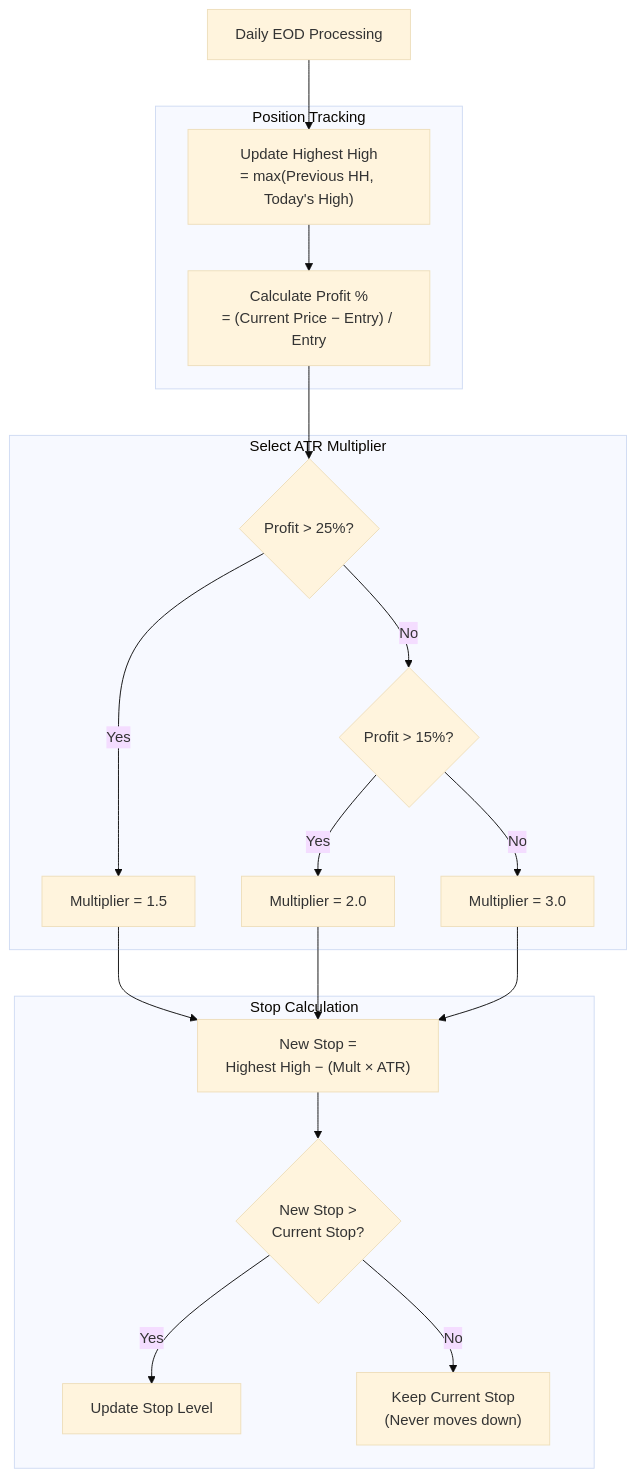
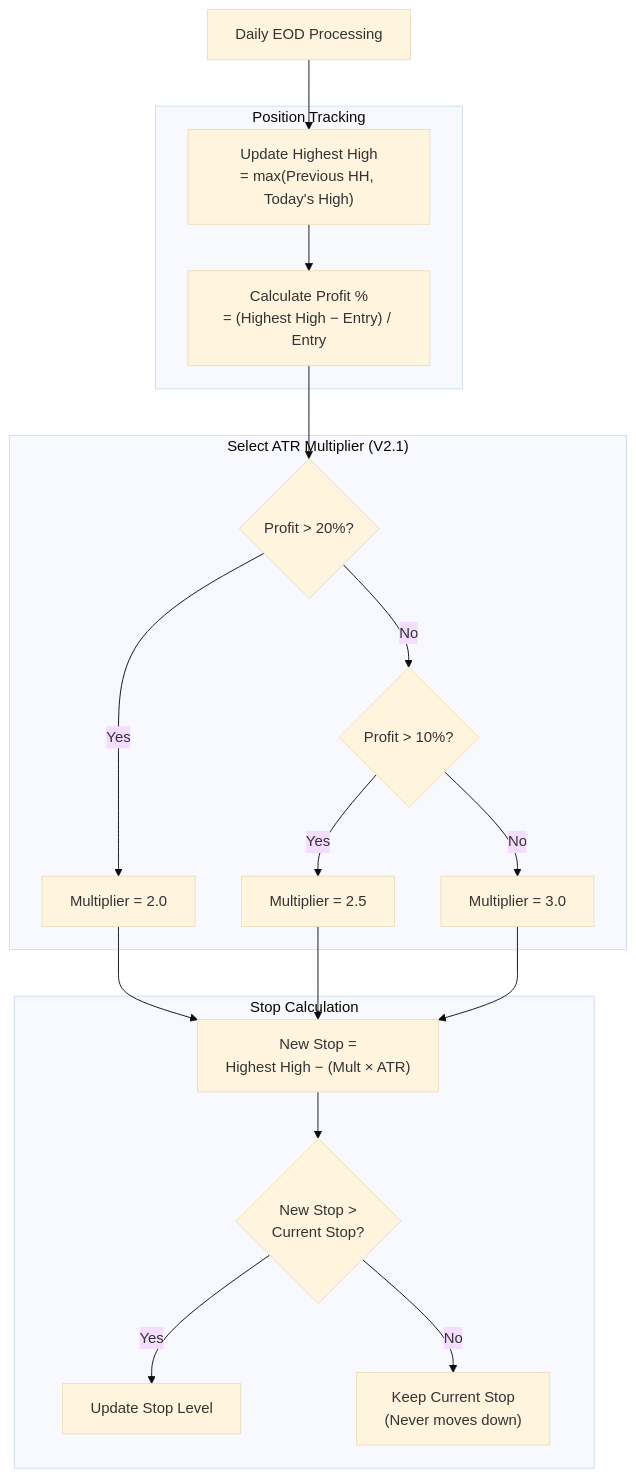
The second of 2 diagrams in docs/07-trend-engine.md (vickdavinci/alpha-nextgen-v2-private), drawn with Mermaid (base theme) before and after one commit. The commit also changed other lines of this file, not shown here.

````diff
--- a/docs/07-trend-engine.md
+++ b/docs/07-trend-engine.md
@@ -408,41 +463,41 @@
 ```mermaid
 flowchart TD
     START["Daily EOD Processing"]
-    
+
     subgraph TRACKING["Position Tracking"]
         HH["Update Highest High<br/>= max(Previous HH, Today's High)"]
-        PROFIT["Calculate Profit %<br/>= (Current Price − Entry) / Entry"]
+        PROFIT["Calculate Profit %<br/>= (Highest High − Entry) / Entry"]
     end
-    
-    subgraph MULTIPLIER["Select ATR Multiplier"]
-        M1{"Profit > 25%?"}
-        M2{"Profit > 15%?"}
-        MULT_15["Multiplier = 1.5"]
+
+    subgraph MULTIPLIER["Select ATR Multiplier (V2.1)"]
+        M1{"Profit > 20%?"}
+        M2{"Profit > 10%?"}
         MULT_20["Multiplier = 2.0"]
+        MULT_25["Multiplier = 2.5"]
         MULT_30["Multiplier = 3.0"]
     end
-    
+
     subgraph STOP_CALC["Stop Calculation"]
         CALC["New Stop =<br/>Highest High − (Mult × ATR)"]
         COMPARE{"New Stop ><br/>Current Stop?"}
         UPDATE["Update Stop Level"]
         KEEP["Keep Current Stop<br/>(Never moves down)"]
     end
-    
+
     START --> HH
     HH --> PROFIT
     PROFIT --> M1
-    
-    M1 -->|Yes| MULT_15
+
+    M1 -->|Yes| MULT_20
     M1 -->|No| M2
-    M2 -->|Yes| MULT_20
+    M2 -->|Yes| MULT_25
     M2 -->|No| MULT_30
-    
-    MULT_15 --> CALC
+
     MULT_20 --> CALC
+    MULT_25 --> CALC
     MULT_30 --> CALC
-    
+
     CALC --> COMPARE
     COMPARE -->|Yes| UPDATE
     COMPARE -->|No| KEEP
 ```
````
